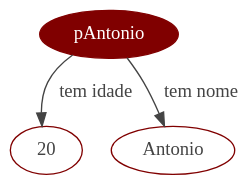
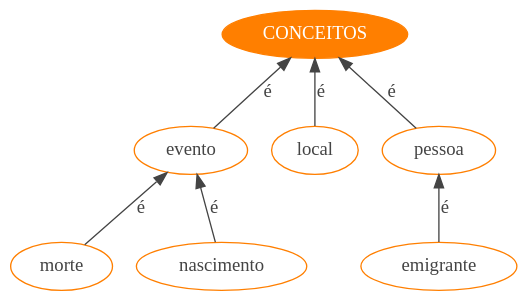
One commit to MiguelCosta/EngenhariaDeLinguagens changed the diagram in EG/ExerciciosParaAvaliacao/Ex5/WebSite/x.gv. Above: the diagram before and after it, drawn with Graphviz. The commit also changed 9 other files, not shown here.

```diff
--- a/EG/ExerciciosParaAvaliacao/Ex5/WebSite/x.gv
+++ b/EG/ExerciciosParaAvaliacao/Ex5/WebSite/x.gv
@@ -1,12 +1,21 @@
 
 digraph mainmap {
-graph [bgcolor=transparent];
-"pAntonio" [URL="instancia.php?instancia=pAntonio", 
-		color ="#800000",
+	graph [bgcolor=transparent];
+	rankdir = BT;
+  CONCEITOS [URL="conceitos.php",
+		color = darkorange1,
 		fontcolor = white,
 		style = filled,];
-"20" [color="#800000", fontcolor="#444444"];
-"pAntonio" -> "20"[label="tem idade", color="#444444", fontcolor="#444444"];
-"Antonio" [color="#800000", fontcolor="#444444"];
-"pAntonio" -> "Antonio"[label="tem nome", color="#444444", fontcolor="#444444"];
+"evento" [color="darkorange1", fontcolor="#444444",URL="conceito.php?conceito=evento"];
+"evento" -> CONCEITOS [label=é, color="#444444", fontcolor="#444444"];
+"morte" [color="darkorange1", fontcolor="#444444",URL="conceito.php?conceito=morte"];
+"morte" -> "evento"[label=é, color="#444444", fontcolor="#444444"];
+"nascimento" [color="darkorange1", fontcolor="#444444",URL="conceito.php?conceito=nascimento"];
+"nascimento" -> "evento"[label=é, color="#444444", fontcolor="#444444"];
+"local" [color="darkorange1", fontcolor="#444444",URL="conceito.php?conceito=local"];
+"local" -> CONCEITOS [label=é, color="#444444", fontcolor="#444444"];
+"pessoa" [color="darkorange1", fontcolor="#444444",URL="conceito.php?conceito=pessoa"];
+"pessoa" -> CONCEITOS [label=é, color="#444444", fontcolor="#444444"];
+"emigrante" [color="darkorange1", fontcolor="#444444",URL="conceito.php?conceito=emigrante"];
+"emigrante" -> "pessoa"[label=é, color="#444444", fontcolor="#444444"];
 }
```
